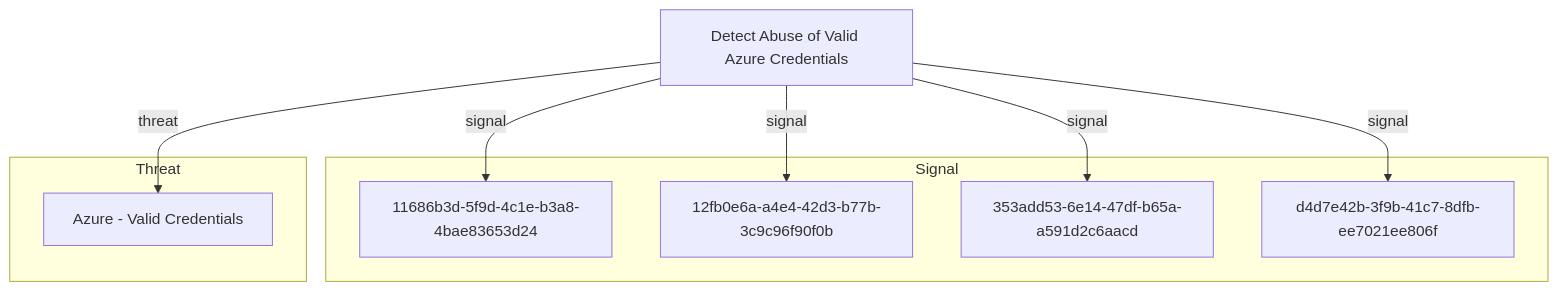
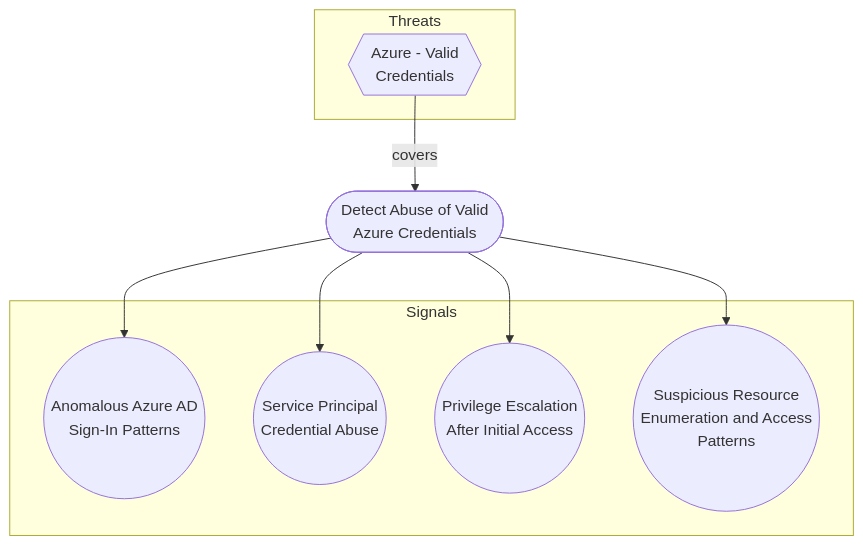
The diagram in docs/objectives/detect-abuse-of-valid-azure-credentials.md (opentidehq/library), drawn with Mermaid before and after one commit. The commit also changed other lines of this file and 540 other files, not shown here.

````diff
--- a/docs/objectives/detect-abuse-of-valid-azure-credentials.md
+++ b/docs/objectives/detect-abuse-of-valid-azure-credentials.md
@@ -316,18 +317,18 @@
 ```mermaid
 flowchart TB
-subgraph "Signal"
-11686b3d_5f9d_4c1e_b3a8_4bae83653d24["11686b3d-5f9d-4c1e-b3a8-4bae83653d24"]
-12fb0e6a_a4e4_42d3_b77b_3c9c96f90f0b["12fb0e6a-a4e4-42d3-b77b-3c9c96f90f0b"]
-353add53_6e14_47df_b65a_a591d2c6aacd["353add53-6e14-47df-b65a-a591d2c6aacd"]
-d4d7e42b_3f9b_41c7_8dfb_ee7021ee806f["d4d7e42b-3f9b-41c7-8dfb-ee7021ee806f"]
+subgraph "Threats"
+2743bf18_3b86_4721_bf3e_153dcda0b149{{"Azure - Valid<br>Credentials"}}
 end
-subgraph "Threat"
-2743bf18_3b86_4721_bf3e_153dcda0b149["Azure - Valid Credentials"]
+subgraph "Signals"
+12fb0e6a_a4e4_42d3_b77b_3c9c96f90f0b(("Anomalous Azure AD<br>Sign-In Patterns"))
+d4d7e42b_3f9b_41c7_8dfb_ee7021ee806f(("Service Principal<br>Credential Abuse"))
+11686b3d_5f9d_4c1e_b3a8_4bae83653d24(("Privilege Escalation<br>After Initial Access"))
+353add53_6e14_47df_b65a_a591d2c6aacd(("Suspicious Resource<br>Enumeration and Access<br>Patterns"))
 end
-f4a8b3c2_7e5d_4f1a_bc8e_9d2a6e7c8f0b["Detect Abuse of Valid Azure Credentials"]
-f4a8b3c2_7e5d_4f1a_bc8e_9d2a6e7c8f0b -->|signal| 11686b3d_5f9d_4c1e_b3a8_4bae83653d24
-f4a8b3c2_7e5d_4f1a_bc8e_9d2a6e7c8f0b -->|signal| 12fb0e6a_a4e4_42d3_b77b_3c9c96f90f0b
-f4a8b3c2_7e5d_4f1a_bc8e_9d2a6e7c8f0b -->|signal| 353add53_6e14_47df_b65a_a591d2c6aacd
-f4a8b3c2_7e5d_4f1a_bc8e_9d2a6e7c8f0b -->|signal| d4d7e42b_3f9b_41c7_8dfb_ee7021ee806f
-f4a8b3c2_7e5d_4f1a_bc8e_9d2a6e7c8f0b -->|threat| 2743bf18_3b86_4721_bf3e_153dcda0b149
+f4a8b3c2_7e5d_4f1a_bc8e_9d2a6e7c8f0b(["Detect Abuse of Valid<br>Azure Credentials"])
+2743bf18_3b86_4721_bf3e_153dcda0b149 -->|covers| f4a8b3c2_7e5d_4f1a_bc8e_9d2a6e7c8f0b
+f4a8b3c2_7e5d_4f1a_bc8e_9d2a6e7c8f0b --> 12fb0e6a_a4e4_42d3_b77b_3c9c96f90f0b
+f4a8b3c2_7e5d_4f1a_bc8e_9d2a6e7c8f0b --> d4d7e42b_3f9b_41c7_8dfb_ee7021ee806f
+f4a8b3c2_7e5d_4f1a_bc8e_9d2a6e7c8f0b --> 11686b3d_5f9d_4c1e_b3a8_4bae83653d24
+f4a8b3c2_7e5d_4f1a_bc8e_9d2a6e7c8f0b --> 353add53_6e14_47df_b65a_a591d2c6aacd
 ```
````
